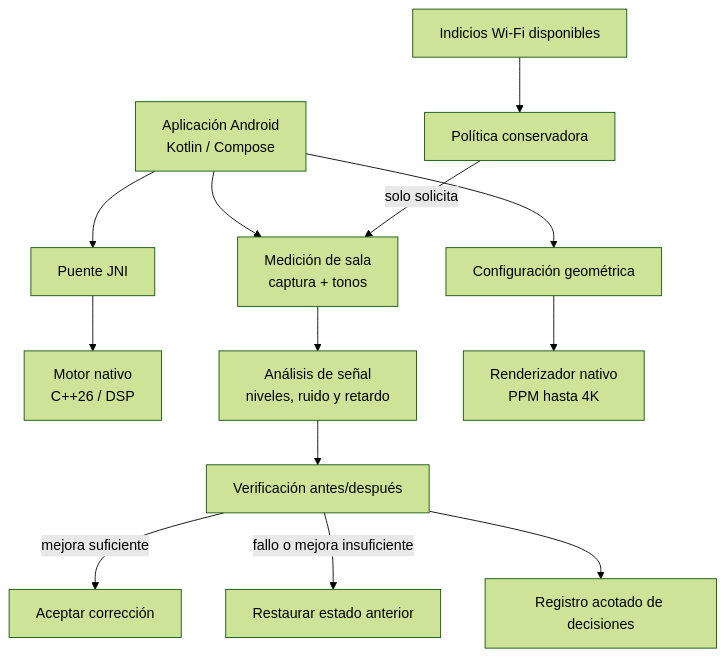
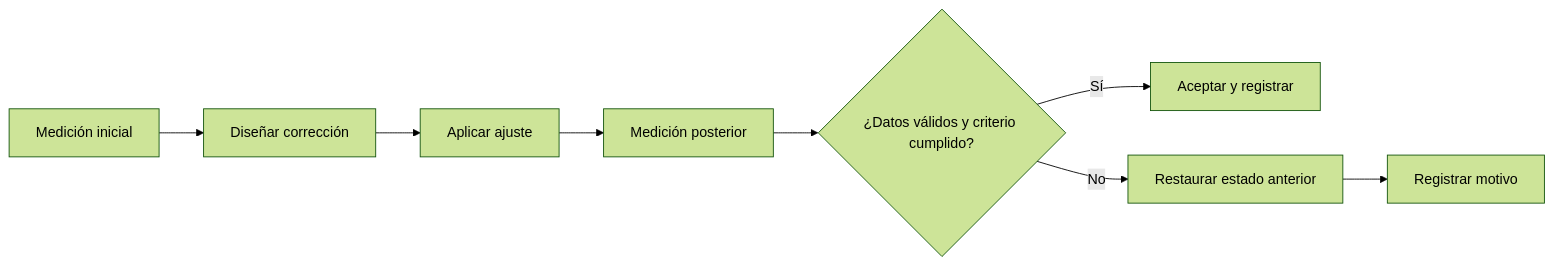
Before and after one commit to luisurielpimentelperez814-design/IVANNA-OMEGA-SUPREME: the first of 2 diagrams in README.md, drawn with Mermaid (forest theme). The commit also changed other lines of this file, not shown here.

Commit message:
docs: redesign README with visual architecture and verified scope

````diff
--- a/README.md
+++ b/README.md
@@ -81,15 +118,10 @@
 ```mermaid
-flowchart TD
-    UI["Aplicación Android<br/>Kotlin / Compose"] --> JNI["Puente JNI"]
-    JNI --> DSP["Motor nativo<br/>C++26 / DSP"]
-    UI --> MEASURE["Medición de sala<br/>captura + tonos"]
-    MEASURE --> ANALYSIS["Análisis de señal<br/>niveles, ruido y retardo"]
-    ANALYSIS --> VERIFY["Verificación antes/después"]
-    VERIFY -->|mejora suficiente| APPLY["Aceptar corrección"]
-    VERIFY -->|fallo o mejora insuficiente| ROLLBACK["Restaurar estado anterior"]
-    VERIFY --> AUDIT["Registro acotado de decisiones"]
-    UI --> GEOMETRY["Configuración geométrica"]
-    GEOMETRY --> RENDER["Renderizador nativo<br/>PPM hasta 4K"]
-    WIFI["Indicios Wi-Fi disponibles"] --> POLICY["Política conservadora"]
-    POLICY -->|solo solicita| MEASURE
+flowchart LR
+    A["Medición inicial"] --> B["Diseñar corrección"]
+    B --> C["Aplicar ajuste"]
+    C --> D["Medición posterior"]
+    D --> E{"¿Datos válidos y criterio cumplido?"}
+    E -->|Sí| F["Aceptar y registrar"]
+    E -->|No| G["Restaurar estado anterior"]
+    G --> H["Registrar motivo"]
 ```
````
